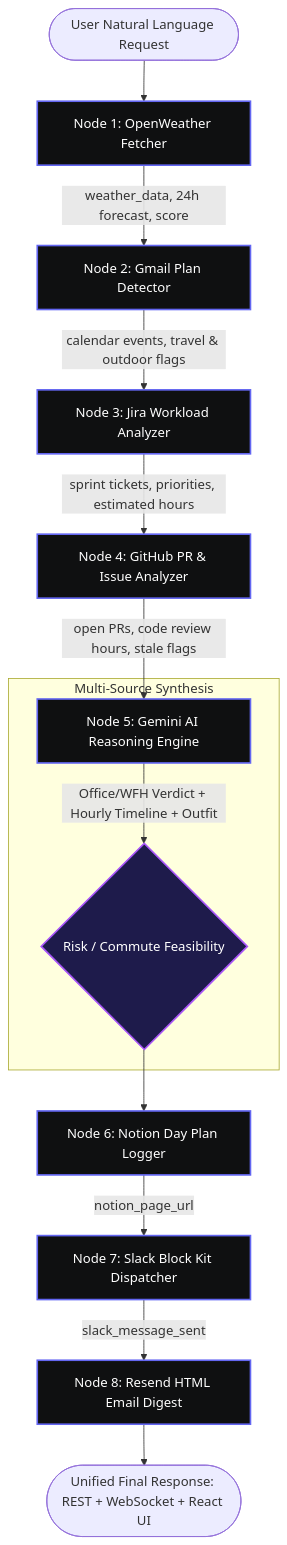
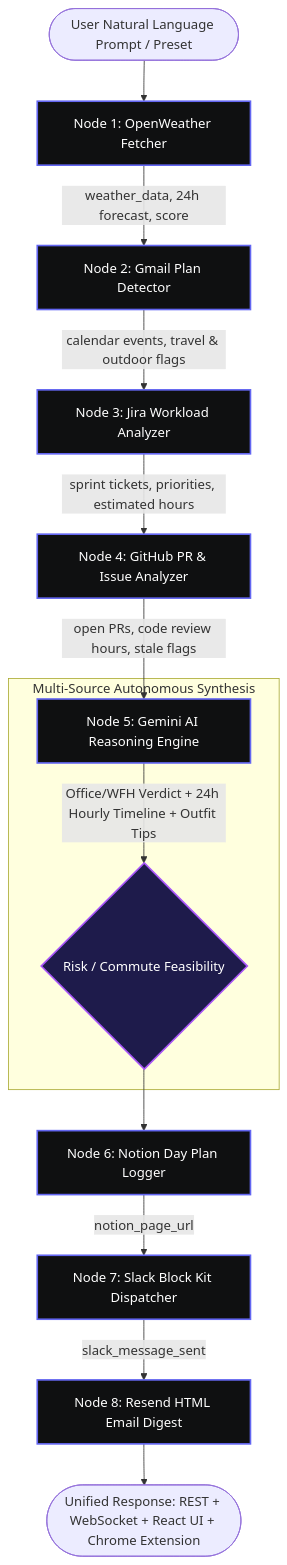
Before and after one commit to akanksha-dot-dev/Locus: the diagram in README.md, drawn with Mermaid. The commit also changed other lines of this file and 12 other files, not shown here.

````diff
--- a/README.md
+++ b/README.md
@@ -44,22 +71,22 @@
 ```mermaid
 flowchart TD
-    Start([User Natural Language Request]) --> N1[Node 1: OpenWeather Fetcher]
+    Start([User Natural Language Prompt / Preset]) --> N1[Node 1: OpenWeather Fetcher]
     N1 -->|weather_data, 24h forecast, score| N2[Node 2: Gmail Plan Detector]
     N2 -->|calendar events, travel & outdoor flags| N3[Node 3: Jira Workload Analyzer]
     N3 -->|sprint tickets, priorities, estimated hours| N4[Node 4: GitHub PR & Issue Analyzer]
     N4 -->|open PRs, code review hours, stale flags| N5[Node 5: Gemini AI Reasoning Engine]
     
-    subgraph Multi-Source Synthesis
-    N5 -->|Office/WFH Verdict + Hourly Timeline + Outfit| Decision{Risk / Commute Feasibility}
+    subgraph Multi-Source Autonomous Synthesis
+    N5 -->|Office/WFH Verdict + 24h Hourly Timeline + Outfit Tips| Decision{Risk / Commute Feasibility}
     end
 
     Decision --> N6[Node 6: Notion Day Plan Logger]
     N6 -->|notion_page_url| N7[Node 7: Slack Block Kit Dispatcher]
     N7 -->|slack_message_sent| N8[Node 8: Resend HTML Email Digest]
-    N8 --> End([Unified Final Response: REST + WebSocket + React UI])
+    N8 --> End([Unified Response: REST + WebSocket + React UI + Chrome Extension])
 
     classDef nodeStyle fill:#0f1011,stroke:#6366f1,stroke-width:2px,color:#fff;
     classDef decisionStyle fill:#1e1b4b,stroke:#a855f7,stroke-width:2px,color:#fff;
     class N1,N2,N3,N4,N5,N6,N7,N8 nodeStyle;
     class Decision decisionStyle;
 ```
````
